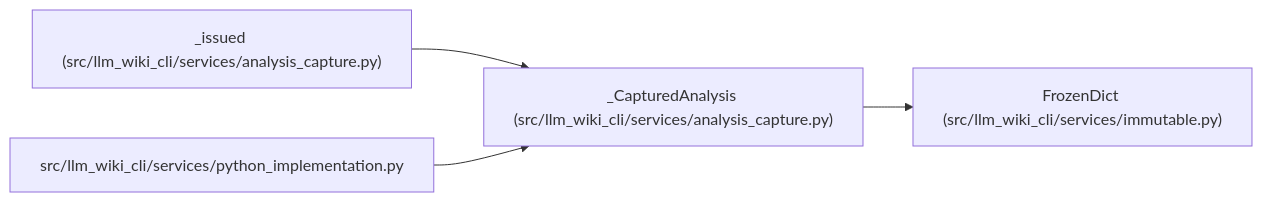
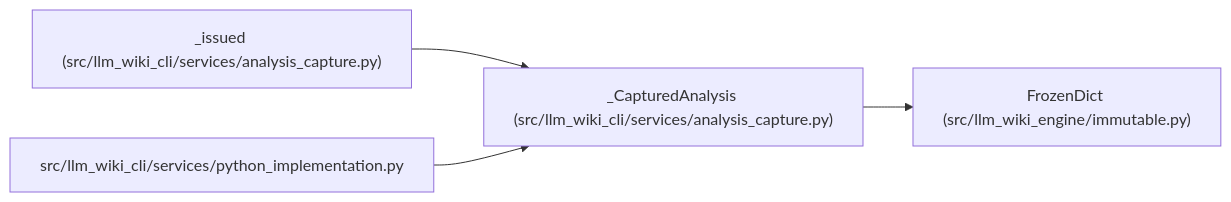
Before and after one commit to Denissvgn/python-wiki-llm: the diagram in docs/llm_wiki/entities/CapturedAnalysis.md, drawn with Mermaid. The commit also changed 1103 other files, not shown here.

First line of the commit message:
docs: refresh the wiki for the llm-wiki-engine distribution

````diff
--- a/docs/llm_wiki/entities/CapturedAnalysis.md
+++ b/docs/llm_wiki/entities/CapturedAnalysis.md
@@ -29,14 +29,14 @@
 ```mermaid
 flowchart LR
     n0["_CapturedAnalysis (src/llm_wiki_cli/services/analysis_capture.py)"]
-    n1["FrozenDict (src/llm_wiki_cli/services/immutable.py)"]
+    n1["FrozenDict (src/llm_wiki_engine/immutable.py)"]
     n2["_issued (src/llm_wiki_cli/services/analysis_capture.py)"]
     n3["src/llm_wiki_cli/services/python_implementation.py"]
     n0 --> n1
     n2 --> n0
     n3 --> n0
     click n0 "../modules/analysis_capture.md"
     click n1 "../modules/immutable.md"
     click n2 "../modules/analysis_capture.md"
     click n3 "../modules/python_implementation.md"
 ```
````
